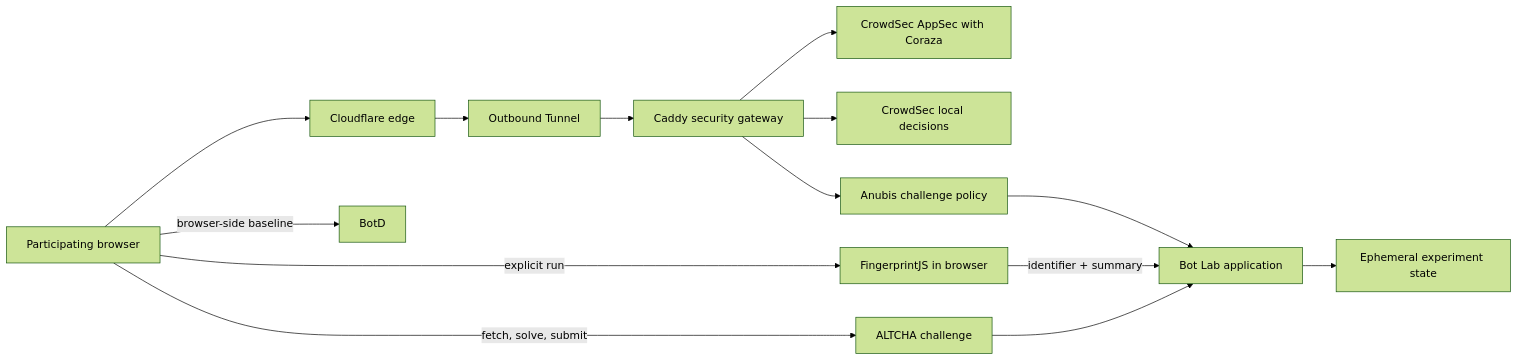
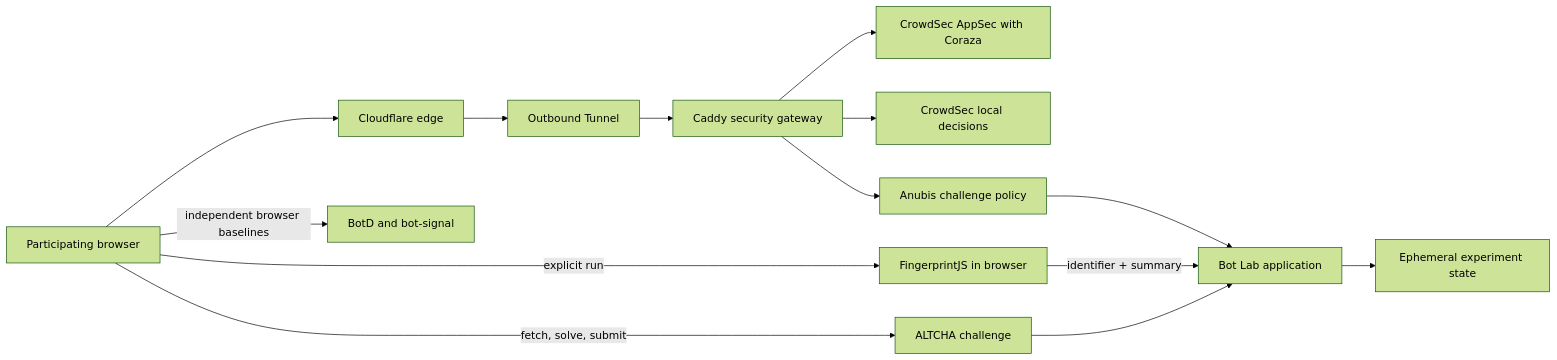
The diagram in README.md (michaelwetyyy/bot-lab), drawn with Mermaid (forest theme) before and after one commit. The commit also changed other lines of this file and 13 other files, not shown here.

````diff
--- a/README.md
+++ b/README.md
@@ -99,16 +126,16 @@
 ```mermaid
 flowchart LR
     B[Participating browser] --> C[Cloudflare edge]
     C --> T[Outbound Tunnel]
     T --> G[Caddy security gateway]
     G --> W[CrowdSec AppSec with Coraza]
     G --> D[CrowdSec local decisions]
     G --> A[Anubis challenge policy]
     A --> S[Bot Lab application]
     S --> P[Ephemeral experiment state]
     B -->|explicit run| F[FingerprintJS in browser]
     F -->|identifier + summary| S
-    B -->|browser-side baseline| BD[BotD]
+    B -->|independent browser baselines| BD[BotD and bot-signal]
     B -->|fetch, solve, submit| AC[ALTCHA challenge]
     AC --> S
 ```
````
